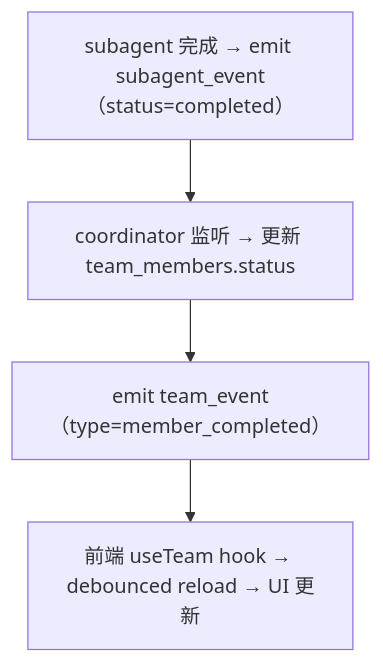
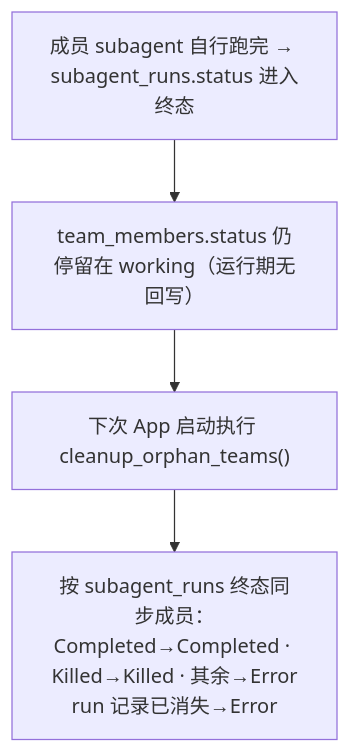
Before and after one commit to shiwenwen/hope-agent: the eighth of 9 diagrams in docs/architecture/agent-team.md, drawn with Mermaid. The commit also changed other lines of this file and 11 other files, not shown here.

First line of the commit message:
🦭docs: 第四批 12 篇按新标准重做（local-model-loading/context-compact/automation-model/artifacts/agent-config/plan-mode/hooks/goal/knowledge-base/agent-team/subagent/domain-workflow）

````diff
--- a/docs/architecture/agent-team.md
+++ b/docs/architecture/agent-team.md
@@ -241,8 +328,8 @@
 ```mermaid
 flowchart TD
-    A["subagent 完成 → emit subagent_event（status=completed）"]
-    B["coordinator 监听 → 更新 team_members.status"]
-    C["emit team_event（type=member_completed）"]
-    D["前端 useTeam hook → debounced reload → UI 更新"]
-    A --> B --> C --> D
+    S["成员 subagent 自行跑完 → subagent_runs.status 进入终态"]
+    N["team_members.status 仍停留在 working（运行期无回写）"]
+    R["下次 App 启动执行 cleanup_orphan_teams()"]
+    M["按 subagent_runs 终态同步成员：<br/>Completed→Completed · Killed→Killed · 其余→Error<br/>run 记录已消失→Error"]
+    S --> N --> R --> M
 ```
````
